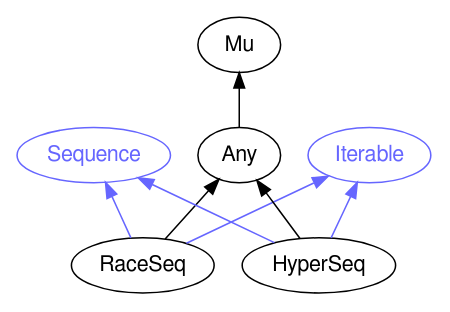
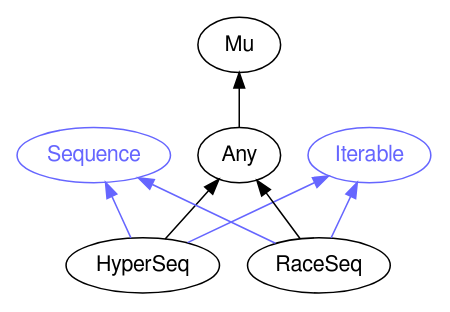
Before and after one commit to perl6docs/perl6docs.github.io: the diagram in images/type-graph-Sequence.svg.dot, drawn with Graphviz. The commit also changed other lines of this file and 4420 other files, not shown here.

```diff
--- a/images/type-graph-Sequence.svg.dot
+++ b/images/type-graph-Sequence.svg.dot
@@ -1,23 +1,23 @@
 digraph "perl6-type-graph" {
     rankdir=BT;
     splines=polyline;
     overlap=false; 
     // Types
     "Sequence" [color="#6666FF", fontcolor="#6666FF", href="/type/Sequence", fontname="FreeSans"];
     "Mu" [color="#000000", fontcolor="#000000", href="/type/Mu", fontname="FreeSans"];
     "Any" [color="#000000", fontcolor="#000000", href="/type/Any", fontname="FreeSans"];
     "Iterable" [color="#6666FF", fontcolor="#6666FF", href="/type/Iterable", fontname="FreeSans"];
+    "HyperSeq" [color="#000000", fontcolor="#000000", href="/type/HyperSeq", fontname="FreeSans"];
     "RaceSeq" [color="#000000", fontcolor="#000000", href="/type/RaceSeq", fontname="FreeSans"];
-    "HyperSeq" [color="#000000", fontcolor="#000000", href="/type/HyperSeq", fontname="FreeSans"];
 
     // Superclasses
     "Any" -> "Mu" [color="#000000"];
+    "HyperSeq" -> "Any" [color="#000000"];
     "RaceSeq" -> "Any" [color="#000000"];
-    "HyperSeq" -> "Any" [color="#000000"];
 
     // Roles
+    "HyperSeq" -> "Iterable" [color="#6666FF"];
+    "HyperSeq" -> "Sequence" [color="#6666FF"];
     "RaceSeq" -> "Iterable" [color="#6666FF"];
     "RaceSeq" -> "Sequence" [color="#6666FF"];
-    "HyperSeq" -> "Iterable" [color="#6666FF"];
-    "HyperSeq" -> "Sequence" [color="#6666FF"];
 }
```
